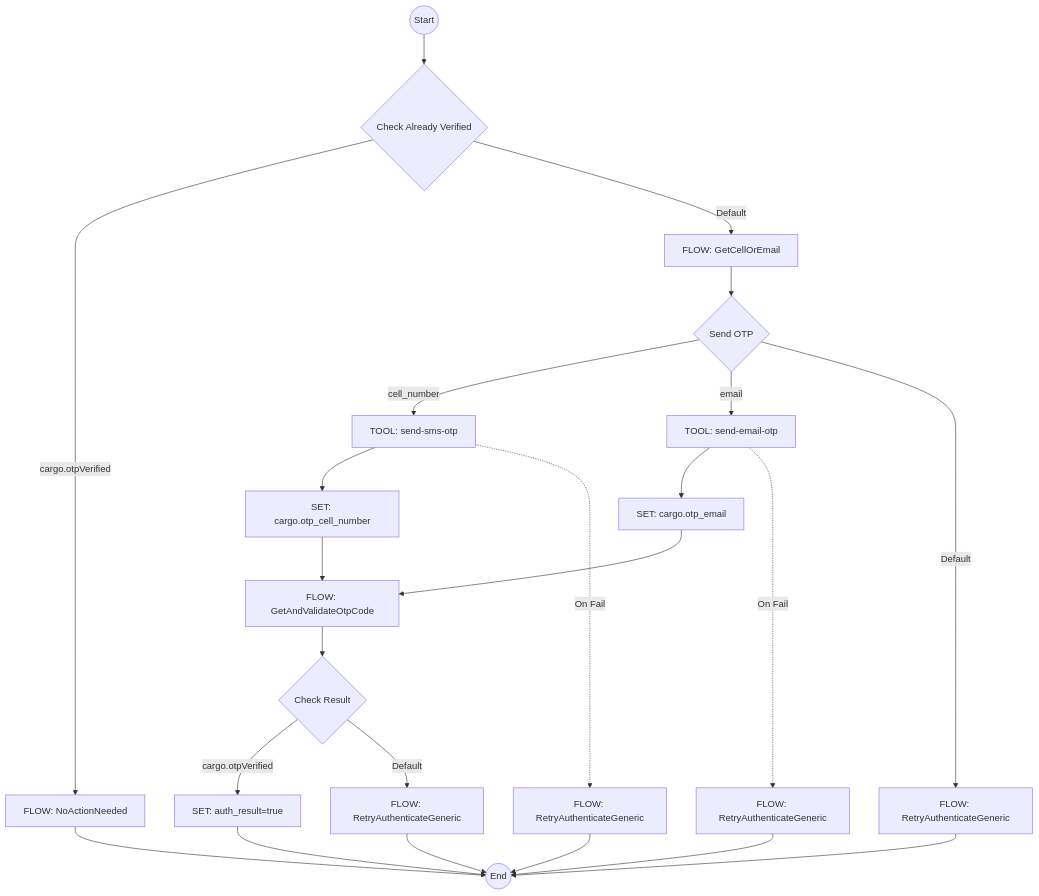
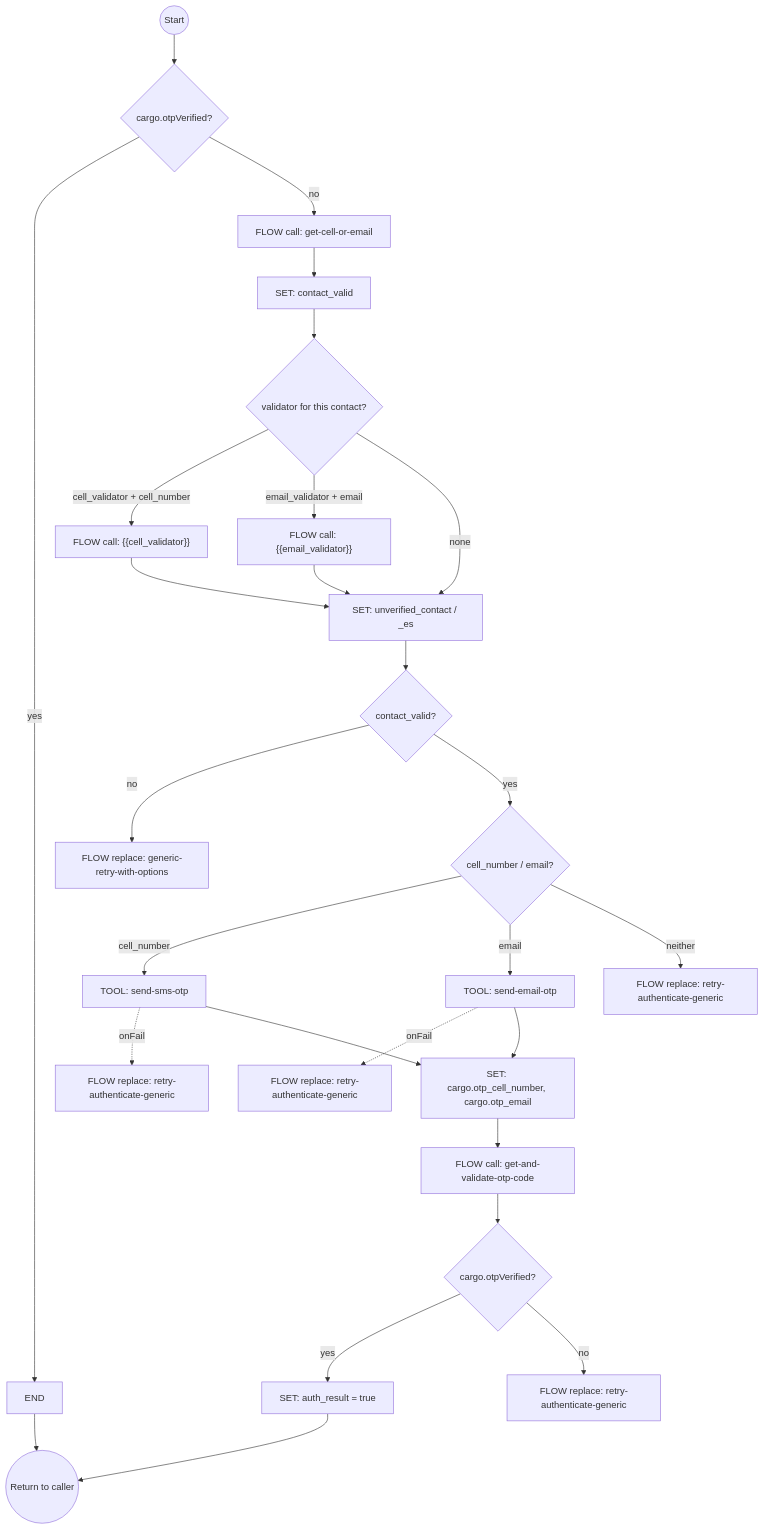
Before and after one commit to ronpinkas/jsfe: the fifth of 11 diagrams in docs/system-flows.md, drawn with Mermaid. The commit also changed other lines of this file and 3 other files, not shown here.

````diff
--- a/docs/system-flows.md
+++ b/docs/system-flows.md
@@ -36,30 +195,29 @@
 ```mermaid
 graph TD
-    start((Start)) --> check_already_verified{Check Already Verified}
-    check_already_verified -->|cargo.otpVerified| already_verified[FLOW: NoActionNeeded]
-    check_already_verified -->|Default| get_contact_info[FLOW: GetCellOrEmail]
-    get_contact_info --> send_otp_based_on_contact{Send OTP}
-    send_otp_based_on_contact -->|cell_number| send_sms_otp[TOOL: send-sms-otp]
-    send_otp_based_on_contact -->|email| send_email_otp[TOOL: send-email-otp]
-    send_otp_based_on_contact -->|Default| no_contact_error[FLOW: RetryAuthenticateGeneric]
-    
-    send_sms_otp --> set_cell_number_to_cargo[SET: cargo.otp_cell_number]
-    send_sms_otp -.->|On Fail| sms_failed[FLOW: RetryAuthenticateGeneric]
-    
-    send_email_otp --> set_email_to_cargo[SET: cargo.otp_email]
-    send_email_otp -.->|On Fail| email_failed[FLOW: RetryAuthenticateGeneric]
-    
-    set_cell_number_to_cargo --> get_and_validate_otp_code[FLOW: GetAndValidateOtpCode]
-    set_email_to_cargo --> get_and_validate_otp_code
-    
-    get_and_validate_otp_code --> check_validation_result{Check Result}
-    check_validation_result -->|cargo.otpVerified| auth_success[SET: auth_result=true]
-    check_validation_result -->|Default| auth_failed[FLOW: RetryAuthenticateGeneric]
-    
-    auth_success --> stop((End))
+    start((Start)) --> check_already_verified{cargo.otpVerified?}
+    check_already_verified -->|yes| already_verified[END]
+    check_already_verified -->|no| get_contact_info[FLOW call: get-cell-or-email]
+    get_contact_info --> init_contact_valid[SET: contact_valid]
+    init_contact_valid --> validate_contact{validator for this contact?}
+    validate_contact -->|cell_validator + cell_number| run_cell_validator["FLOW call: {{cell_validator}}"]
+    validate_contact -->|email_validator + email| run_email_validator["FLOW call: {{email_validator}}"]
+    validate_contact -->|none| describe[SET: unverified_contact / _es]
+    run_cell_validator --> describe
+    run_email_validator --> describe
+    describe --> gate{contact_valid?}
+    gate -->|no| contact_not_verified[FLOW replace: generic-retry-with-options]
+    gate -->|yes| send_otp{cell_number / email?}
+    send_otp -->|cell_number| send_sms_otp[TOOL: send-sms-otp]
+    send_otp -->|email| send_email_otp[TOOL: send-email-otp]
+    send_otp -->|neither| no_contact_error[FLOW replace: retry-authenticate-generic]
+    send_sms_otp -.->|onFail| sms_failed[FLOW replace: retry-authenticate-generic]
+    send_email_otp -.->|onFail| email_failed[FLOW replace: retry-authenticate-generic]
+    send_sms_otp --> set_cargo[SET: cargo.otp_cell_number, cargo.otp_email]
+    send_email_otp --> set_cargo
+    set_cargo --> get_and_validate[FLOW call: get-and-validate-otp-code]
+    get_and_validate --> check_result{cargo.otpVerified?}
+    check_result -->|yes| auth_success[SET: auth_result = true]
+    check_result -->|no| auth_failed[FLOW replace: retry-authenticate-generic]
+    auth_success --> stop((Return to caller))
     already_verified --> stop
-    no_contact_error --> stop
-    sms_failed --> stop
-    email_failed --> stop
-    auth_failed --> stop
 ```
````
